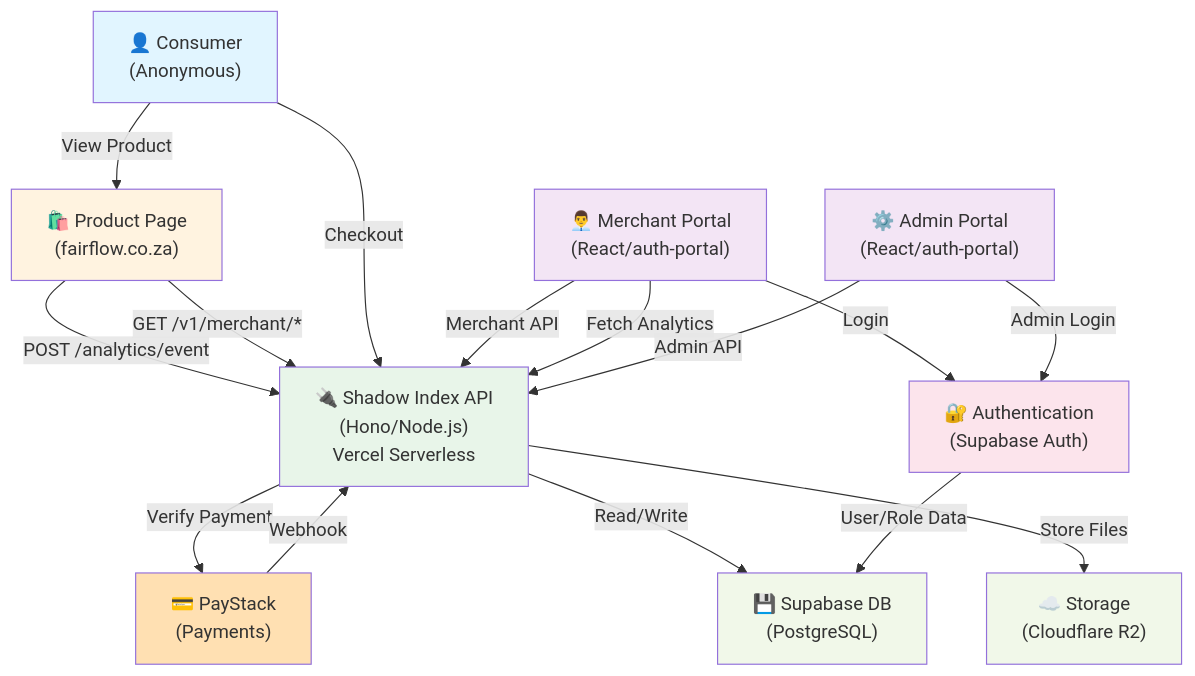
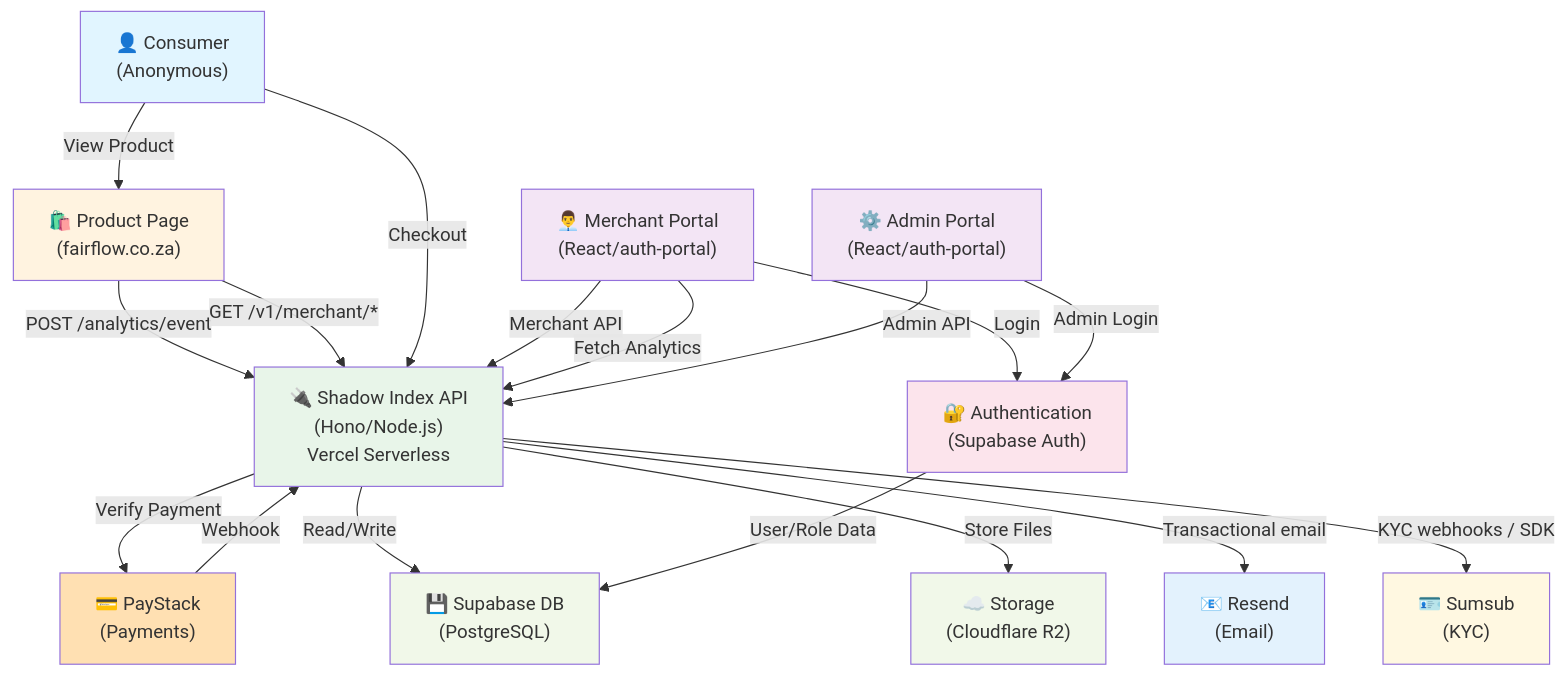
One commit to MatomeMb/FairFlow changed the first of 8 diagrams in docs/07-SYSTEM-DIAGRAMS.md. Above: the diagram before and after it, drawn with Mermaid. The commit also changed other lines of this file and 6 other files, not shown here.

First line of the commit message:
docs: route modules, security hardening, deployment checklist, system diagrams

````diff
--- a/docs/07-SYSTEM-DIAGRAMS.md
+++ b/docs/07-SYSTEM-DIAGRAMS.md
@@ -11,42 +11,48 @@
 ```mermaid
 graph TB
     Consumer["👤 Consumer<br/>(Anonymous)"]
     ProductPage["🛍️ Product Page<br/>(fairflow.co.za)"]
     MerchantPortal["👨‍💼 Merchant Portal<br/>(React/auth-portal)"]
     AdminPortal["⚙️ Admin Portal<br/>(React/auth-portal)"]
     
     ShadowAPI["🔌 Shadow Index API<br/>(Hono/Node.js)<br/>Vercel Serverless"]
     AuthService["🔐 Authentication<br/>(Supabase Auth)"]
     Database["💾 Supabase DB<br/>(PostgreSQL)"]
     Storage["☁️ Storage<br/>(Cloudflare R2)"]
     PayStack["💳 PayStack<br/>(Payments)"]
+    Resend["📧 Resend<br/>(Email)"]
+    Sumsub["🪪 Sumsub<br/>(KYC)"]
     
     Consumer -->|View Product| ProductPage
     ProductPage -->|POST /analytics/event| ShadowAPI
     ProductPage -->|GET /v1/merchant/*| ShadowAPI
     
     Consumer -->|Checkout| ShadowAPI
     ShadowAPI -->|Verify Payment| PayStack
     PayStack -->|Webhook| ShadowAPI
     
     MerchantPortal -->|Login| AuthService
     MerchantPortal -->|Merchant API| ShadowAPI
     MerchantPortal -->|Fetch Analytics| ShadowAPI
     
     AdminPortal -->|Admin Login| AuthService
     AdminPortal -->|Admin API| ShadowAPI
     
     ShadowAPI -->|Read/Write| Database
     ShadowAPI -->|Store Files| Storage
+    ShadowAPI -->|Transactional email| Resend
+    ShadowAPI -->|KYC webhooks / SDK| Sumsub
     AuthService -->|User/Role Data| Database
     
     style Consumer fill:#e1f5ff
     style ProductPage fill:#fff3e0
     style MerchantPortal fill:#f3e5f5
     style AdminPortal fill:#f3e5f5
     style ShadowAPI fill:#e8f5e9
     style AuthService fill:#fce4ec
     style Database fill:#f1f8e9
     style Storage fill:#f1f8e9
     style PayStack fill:#ffe0b2
+    style Resend fill:#e3f2fd
+    style Sumsub fill:#fff8e1
 ```
````
